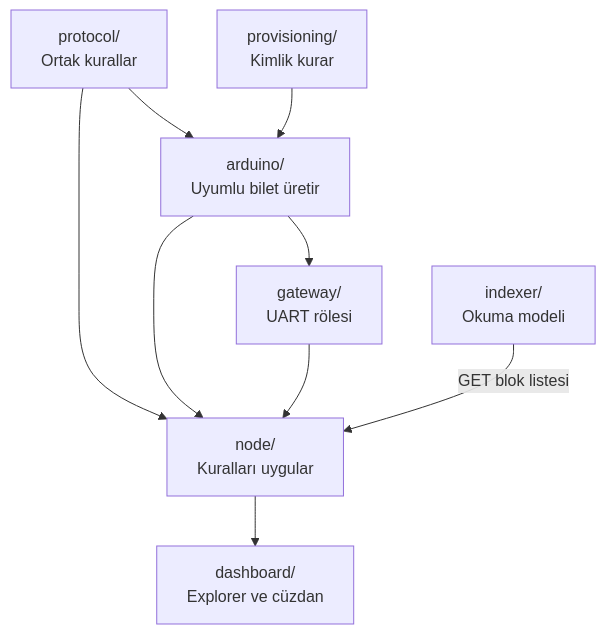
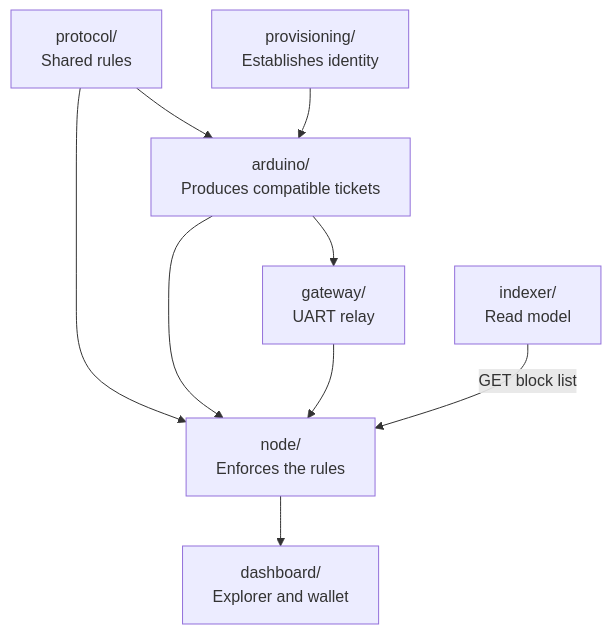
Diagram 13 of 15 in README.md (UfkuAcik/Embedded_Proof-of-Device_Network), drawn with Mermaid before and after one commit. The commit also changed other lines of this file, not shown here.

````diff
--- a/README.md
+++ b/README.md
@@ -732,11 +745,11 @@
 ```mermaid
 flowchart TB
-    PROTOCOL["protocol/<br/>Ortak kurallar"] --> NODE["node/<br/>Kuralları uygular"]
-    PROTOCOL --> ARD["arduino/<br/>Uyumlu bilet üretir"]
-    PROV["provisioning/<br/>Kimlik kurar"] --> ARD
-    ARD --> GATE["gateway/<br/>UART rölesi"]
+    PROTOCOL["protocol/<br/>Shared rules"] --> NODE["node/<br/>Enforces the rules"]
+    PROTOCOL --> ARD["arduino/<br/>Produces compatible tickets"]
+    PROV["provisioning/<br/>Establishes identity"] --> ARD
+    ARD --> GATE["gateway/<br/>UART relay"]
     ARD --> NODE
     GATE --> NODE
-    IDX["indexer/<br/>Okuma modeli"] -->|"GET blok listesi"| NODE
-    NODE --> WEB["dashboard/<br/>Explorer ve cüzdan"]
+    IDX["indexer/<br/>Read model"] -->|"GET block list"| NODE
+    NODE --> WEB["dashboard/<br/>Explorer and wallet"]
 ```
````
